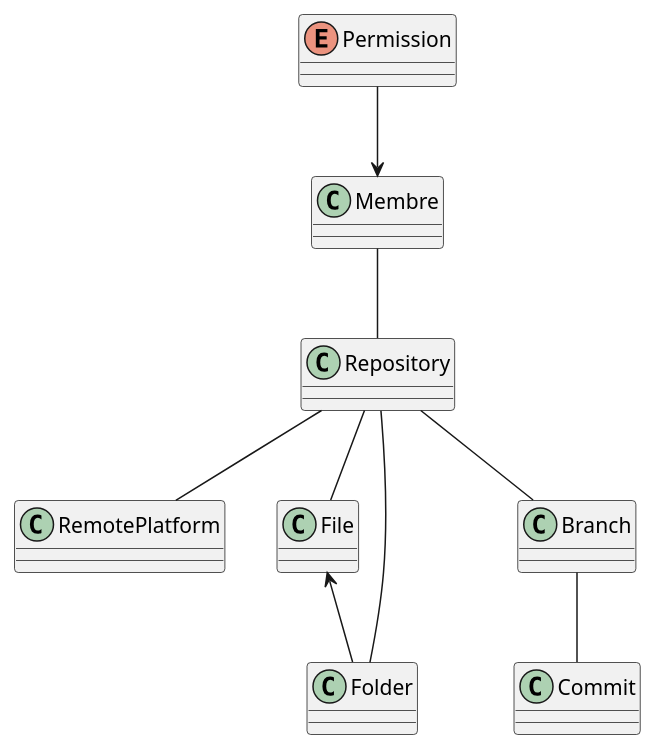
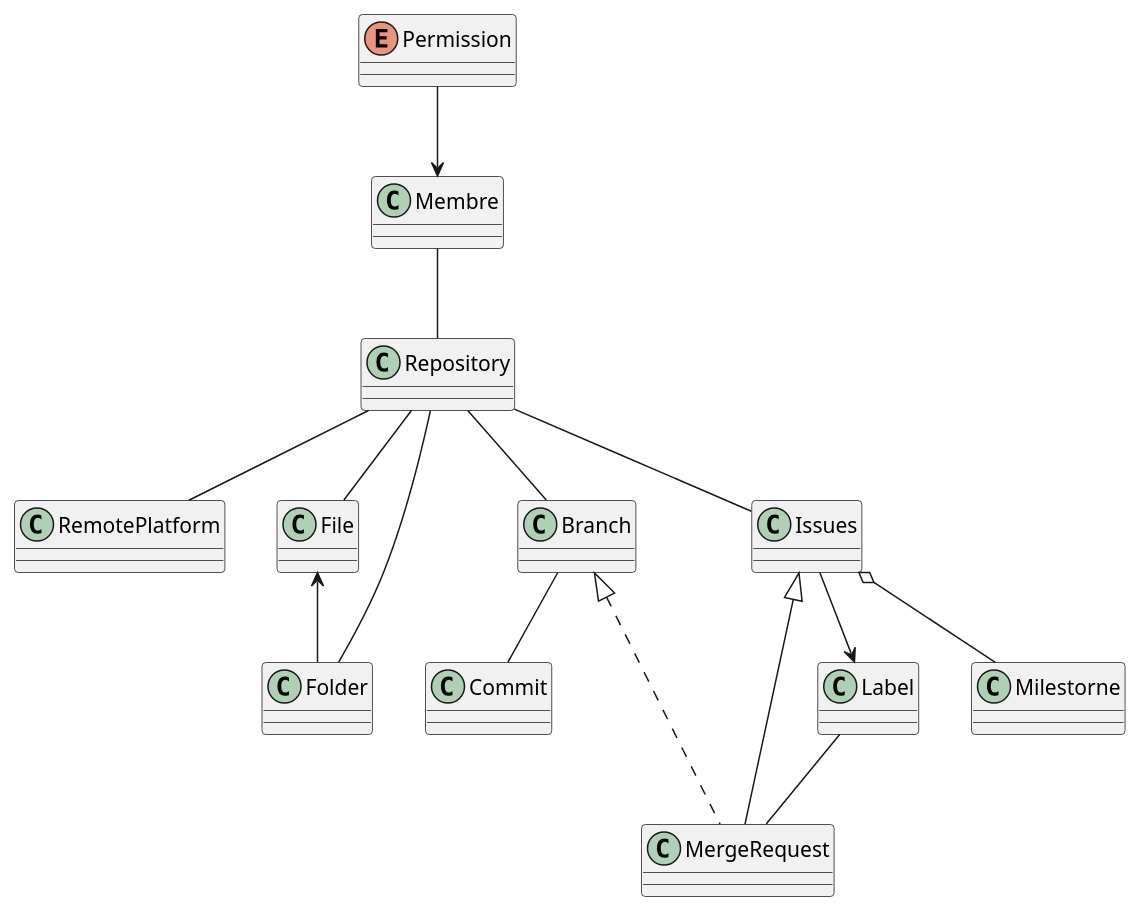
Before and after one commit to DevGardenTeam/DevGarden: the diagram in README.md, drawn with PlantUML.

Commit message:
Mise à jour de 'README.md'

````diff
--- a/README.md
+++ b/README.md
@@ -7,22 +7,33 @@
 ```plantuml
 class Membre
 class Repository
 class RemotePlatform
 class File
 class Folder
 class Branch
 class Commit
+class Issues
+class MergeRequest
+class Label
+class Milestorne
+
 
 /' Enumeration '/
 enum Permission
 
 Permission --> Membre
 Membre -- Repository
 Repository -- RemotePlatform
 Repository -- File
 File <-- Folder
 Repository -- Folder
 Repository -- Branch
 Branch -- Commit
+Repository -- Issues
+Issues --> Label
+Issues o-- Milestorne
+Label -- MergeRequest
+Issues <|-- MergeRequest
+Branch <|.. MergeRequest
 
 ```
````
